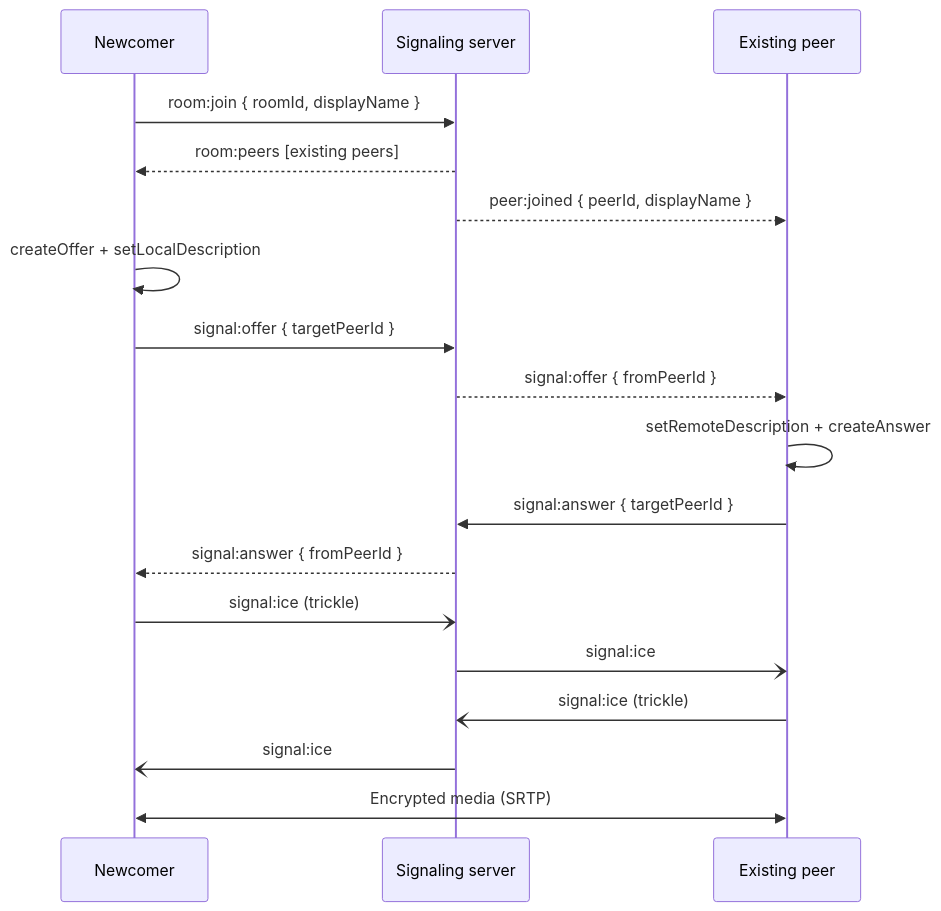
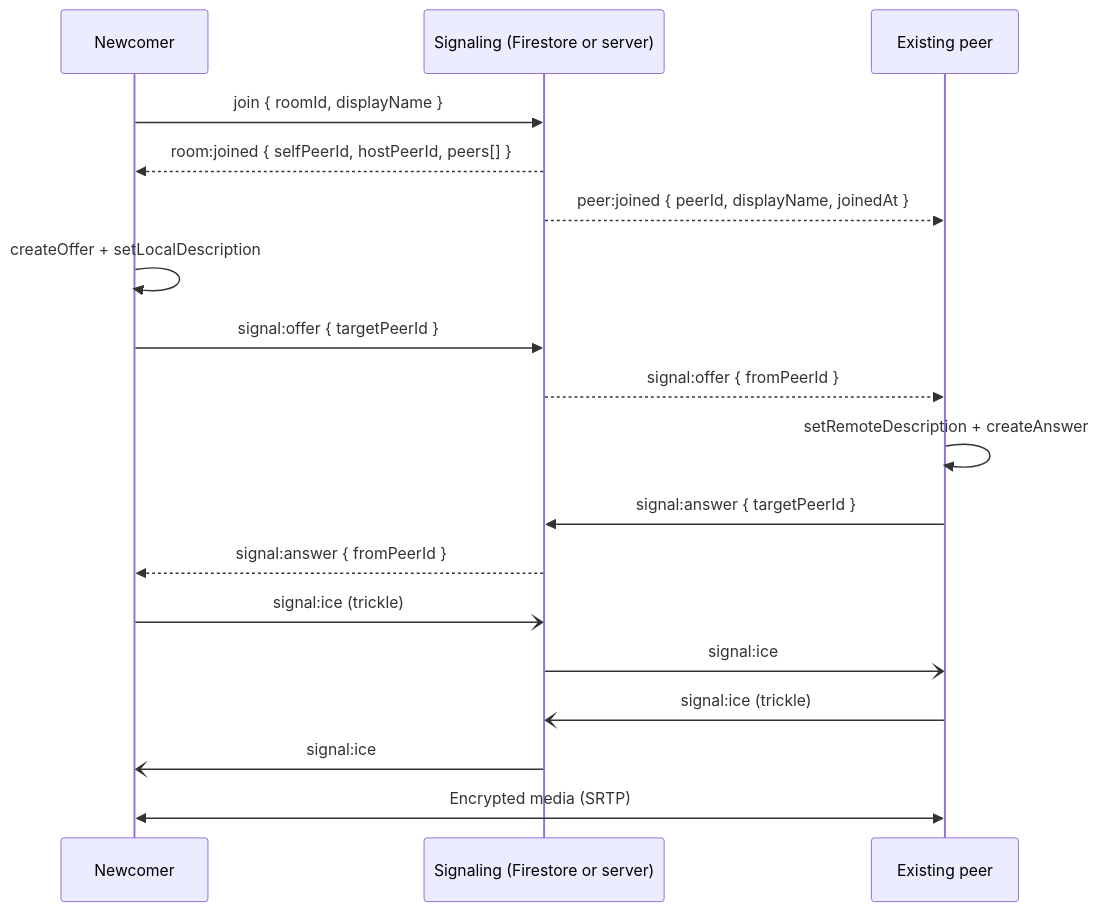
One commit to alexalghisi/collab changed the third of 3 diagrams in README.md. Above: the diagram before and after it, drawn with Mermaid. The commit also changed other lines of this file, not shown here.

First line of the commit message:
docs: describe the Firestore and Socket.IO signaling transports

````diff
--- a/README.md
+++ b/README.md
@@ -102,21 +113,21 @@
 ```mermaid
 sequenceDiagram
   participant N as Newcomer
-  participant S as Signaling server
+  participant S as Signaling (Firestore or server)
   participant P as Existing peer
 
-  N->>S: room:join { roomId, displayName }
-  S-->>N: room:peers [existing peers]
-  S-->>P: peer:joined { peerId, displayName }
+  N->>S: join { roomId, displayName }
+  S-->>N: room:joined { selfPeerId, hostPeerId, peers[] }
+  S-->>P: peer:joined { peerId, displayName, joinedAt }
   N->>N: createOffer + setLocalDescription
   N->>S: signal:offer { targetPeerId }
   S-->>P: signal:offer { fromPeerId }
   P->>P: setRemoteDescription + createAnswer
   P->>S: signal:answer { targetPeerId }
   S-->>N: signal:answer { fromPeerId }
   N-)S: signal:ice (trickle)
   S-)P: signal:ice
   P-)S: signal:ice (trickle)
   S-)N: signal:ice
   N<<->>P: Encrypted media (SRTP)
 ```
````
